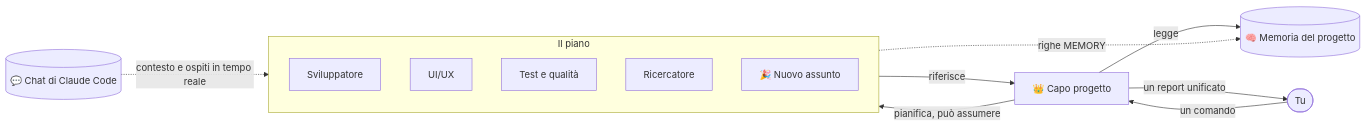
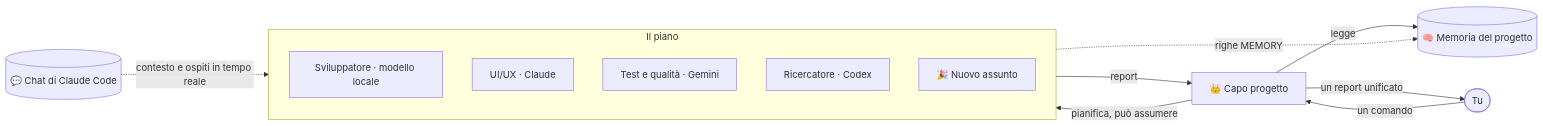
One commit to RealMrNovember/Atrium changed the diagram in docs/readme/README.it.md. Above: the diagram before and after it, drawn with Mermaid. The commit also changed other lines of this file and 23 other files, not shown here.

````diff
--- a/docs/readme/README.it.md
+++ b/docs/readme/README.it.md
@@ -65,17 +107,17 @@
 ```mermaid
 flowchart LR
     You([Tu]) -- un comando --> Lead[👑 Capo progetto]
     Lead -- legge --> Mem[(🧠 Memoria del progetto)]
     Lead -- pianifica, può assumere --> Team
     subgraph Team [Il piano]
-      Dev[Sviluppatore]
-      UX[UI/UX]
-      QA[Test e qualità]
-      Res[Ricercatore]
+      Dev[Sviluppatore · modello locale]
+      UX[UI/UX · Claude]
+      QA[Test e qualità · Gemini]
+      Res[Ricercatore · Codex]
       New[🎉 Nuovo assunto]
     end
-    Team -- riferisce --> Lead
+    Team -- report --> Lead
     Lead -- un report unificato --> You
     Team -. righe MEMORY .-> Mem
     Chats[(💬 Chat di Claude Code)] -. contesto e ospiti in tempo reale .-> Team
 ```
````
